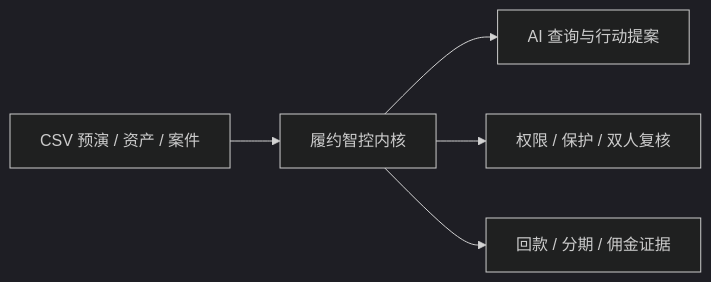
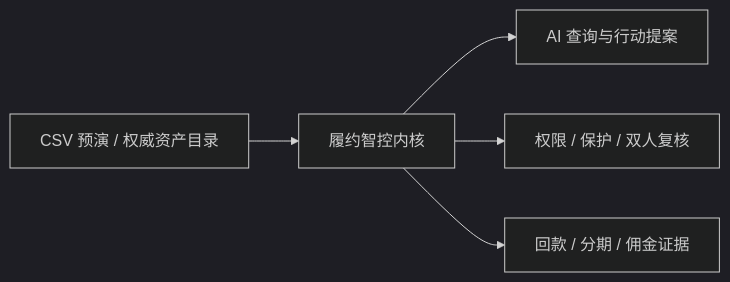
Before and after one commit to IntelliPathway/luheng-fulfillops-cloud: the first of 3 diagrams in README.md, drawn with Mermaid (dark theme). The commit also changed other lines of this file and 36 other files, not shown here.

````diff
--- a/README.md
+++ b/README.md
@@ -17,7 +17,7 @@
 ```mermaid
 flowchart LR
-    Data["CSV 预演 / 资产 / 案件"] --> Core["履约智控内核"]
+    Data["CSV 预演 / 权威资产目录"] --> Core["履约智控内核"]
     Core --> Agent["AI 查询与行动提案"]
     Core --> Guard["权限 / 保护 / 双人复核"]
     Core --> Ledger["回款 / 分期 / 佣金证据"]
 ```
````
